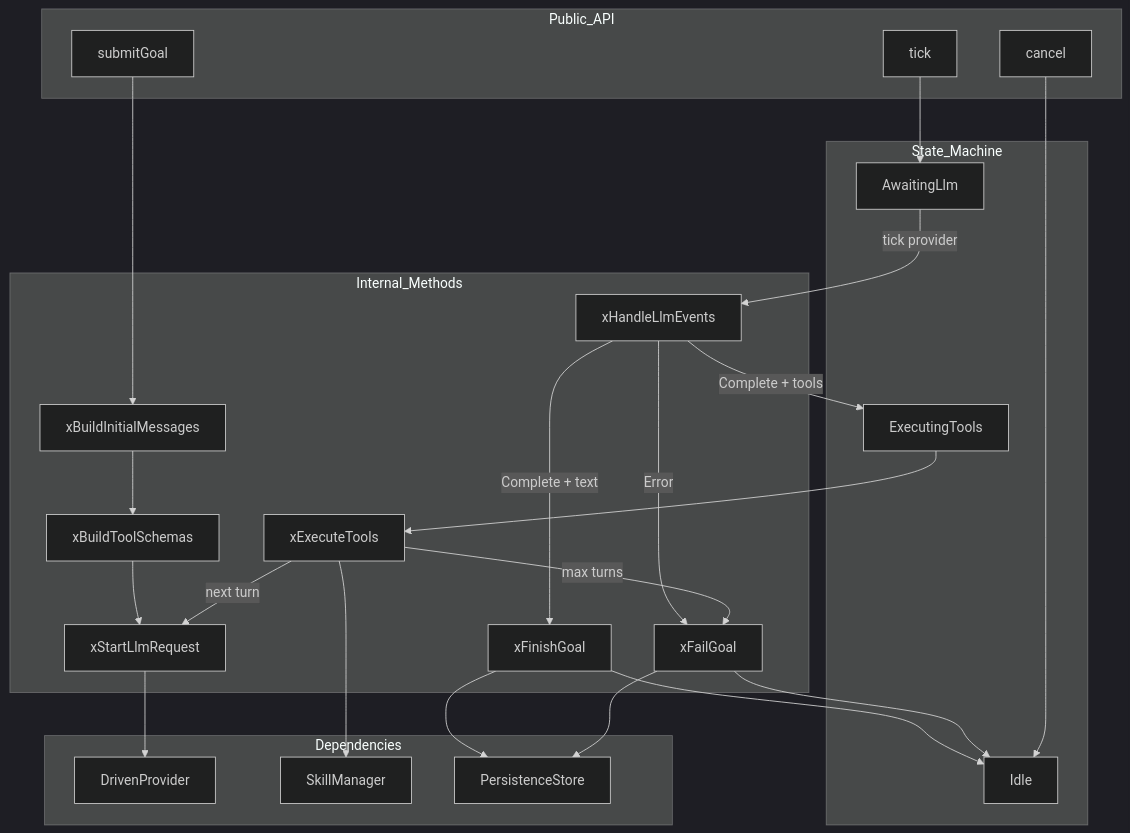
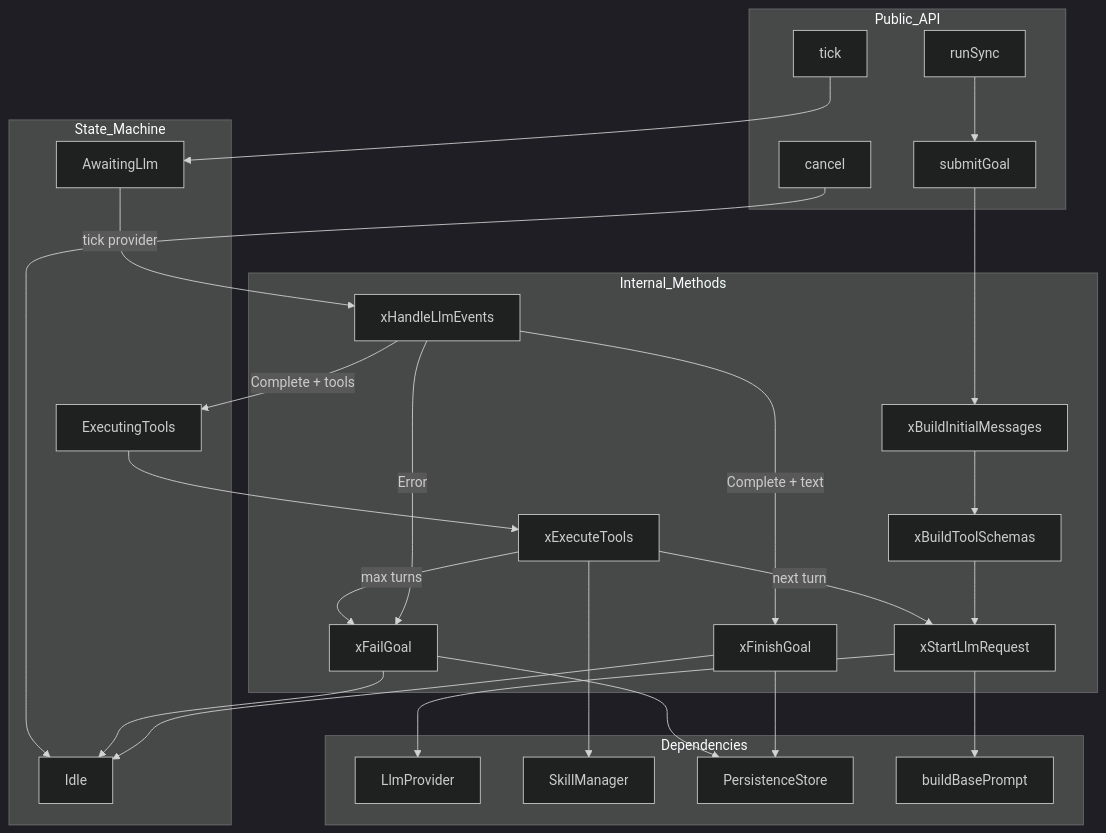
The first of 2 diagrams in src/driven_core.spec.md (opensassi/a0), drawn with Mermaid (dark theme) before and after one commit. The commit also changed other lines of this file and 30 other files, not shown here.

````diff
--- a/src/driven_core.spec.md
+++ b/src/driven_core.spec.md
@@ -76,47 +87,51 @@
 ```mermaid
 graph TB
     subgraph Public_API
         SG[submitGoal]
+        RS[runSync]
         TICK[tick]
         CANCEL[cancel]
     end
 
     subgraph State_Machine
         IDLE[Idle]
         LLM[AwaitingLlm]
         TOOLS[ExecutingTools]
     end
 
     subgraph Internal_Methods
         BUILD[xBuildInitialMessages]
         SCHEMA[xBuildToolSchemas]
         START[xStartLlmRequest]
         HANDLE[xHandleLlmEvents]
         EXEC[xExecuteTools]
         FINISH[xFinishGoal]
         FAIL[xFailGoal]
     end
 
     subgraph Dependencies
-        PROV[DrivenProvider]
+        PROV[LlmProvider]
         SKILL[SkillManager]
         PERS[PersistenceStore]
+        BASE[buildBasePrompt]
     end
 
     SG --> BUILD --> SCHEMA --> START
     START --> PROV
+    START --> BASE
+    RS --> SG
     TICK --> LLM
     LLM -->|tick provider| HANDLE
     HANDLE -->|Complete + tools| TOOLS
     HANDLE -->|Complete + text| FINISH
     HANDLE -->|Error| FAIL
     TOOLS --> EXEC
     EXEC --> SKILL
     EXEC -->|next turn| START
     EXEC -->|max turns| FAIL
     FINISH --> IDLE
     FAIL --> IDLE
     CANCEL --> IDLE
     FINISH --> PERS
     FAIL --> PERS
 ```
````
